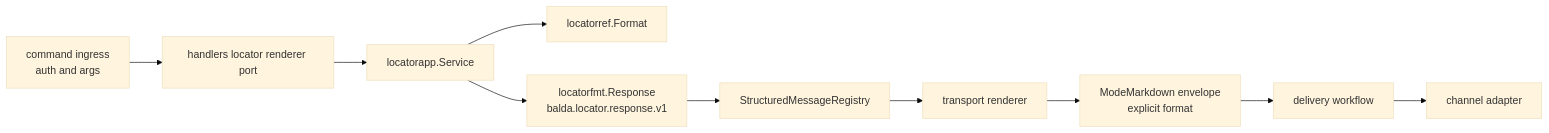
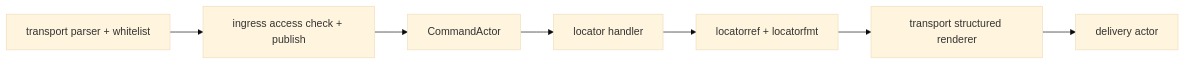
Before and after one commit to baldaworks/balda: the diagram in docs/architecture/presentation-routing.md, drawn with Mermaid (base theme). The commit also changed other lines of this file and 59 other files, not shown here.

````diff
--- a/docs/architecture/presentation-routing.md
+++ b/docs/architecture/presentation-routing.md
@@ -163,12 +137,9 @@
 ```mermaid
 flowchart LR
-  I[command ingress\nauth and args] --> P[handlers locator renderer port]
-  P --> A[locatorapp.Service]
-  A --> L[locatorref.Format]
-  A --> E[locatorfmt.Response\nbalda.locator.response.v1]
-  E --> R[StructuredMessageRegistry]
-  R --> S[transport renderer]
-  S --> D[ModeMarkdown envelope\nexplicit format]
-  D --> W[delivery workflow]
-  W --> C[channel adapter]
+  T[transport parser + whitelist] --> I[ingress access check + publish]
+  I --> C[CommandActor]
+  C --> L[locator handler]
+  L --> F[locatorref + locatorfmt]
+  F --> R[transport structured renderer]
+  R --> D[delivery actor]
 ```
````
